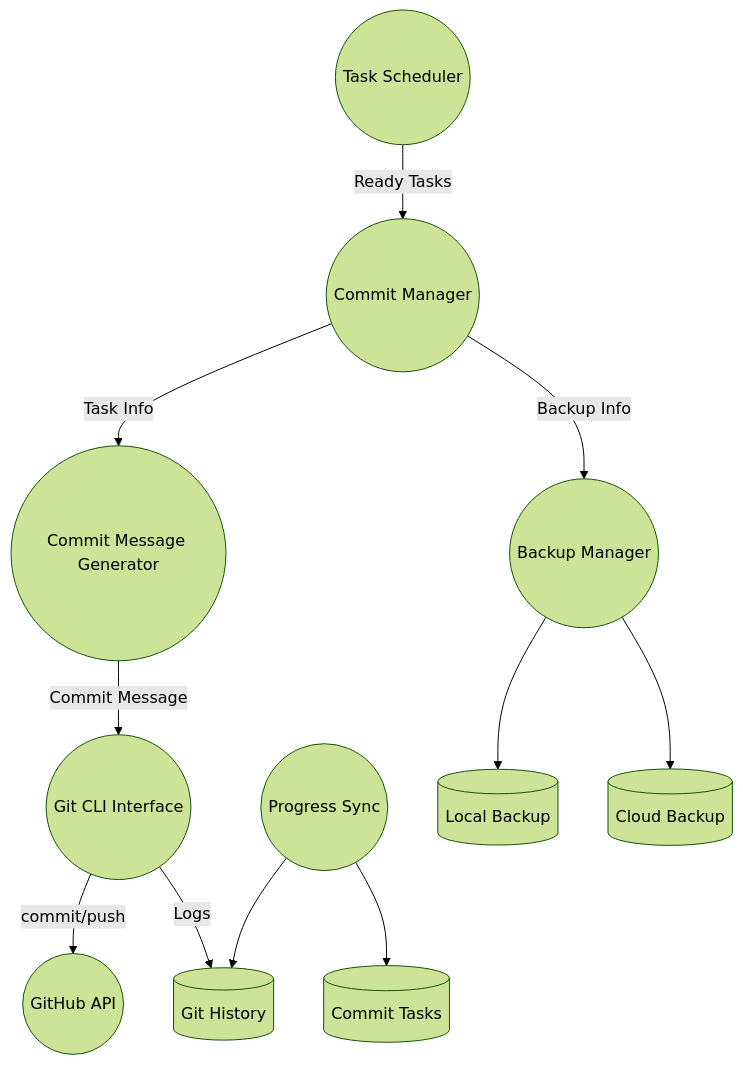
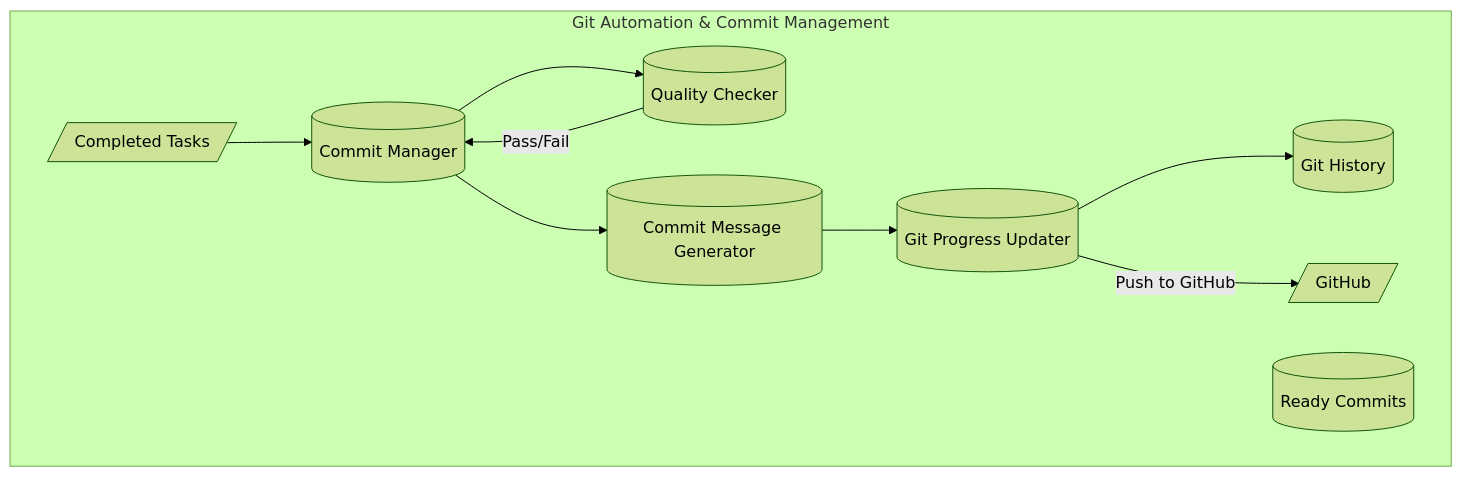
One commit to Shakour-Data/AutoProjectManagement changed the fifth of 7 diagrams in Docs/entire_project/DFD_Diagrams.md. Above: the diagram before and after it, drawn with Mermaid (forest theme). The commit also changed other lines of this file, not shown here.

````diff
--- a/Docs/entire_project/DFD_Diagrams.md
+++ b/Docs/entire_project/DFD_Diagrams.md
@@ -125,35 +148,20 @@
 ```mermaid
 graph TD
-    Task_Scheduler((Task Scheduler))
-    
-    %% Git Modules
-    Commit_Manager((Commit Manager))
-    Message_Generator((Commit Message Generator))
-    Git_CLI((Git CLI Interface))
-    GitHub_API((GitHub API))
-    
-    %% Backup Modules
-    Backup_Manager((Backup Manager))
-    Progress_Sync((Progress Sync))
-    
-    %% Databases
-    Commit_Tasks[(Commit Tasks)]
-    Git_History[(Git History)]
-    Local_Backup[(Local Backup)]
-    Cloud_Backup[(Cloud Backup)]
-    
-    %% Data Flows
-    Task_Scheduler -->|Ready Tasks| Commit_Manager
-    Commit_Manager -->|Task Info| Message_Generator
-    Message_Generator -->|Commit Message| Git_CLI
-    
-    Git_CLI -->|commit/push| GitHub_API
-    Git_CLI -->|Logs| Git_History
-    
-    Commit_Manager -->|Backup Info| Backup_Manager
-    Backup_Manager --> Local_Backup
-    Backup_Manager --> Cloud_Backup
-    
-    Progress_Sync --> Git_History
-    Progress_Sync --> Commit_Tasks
+    subgraph "Git Automation & Commit Management"
+        Commit_Manager[("Commit Manager")]
+        Message_Generator[("Commit Message Generator")]
+        Quality_Checker[("Quality Checker")]
+        Git_Progress[("Git Progress Updater")]
+        
+        Ready_Commits[(Ready Commits)]
+        Git_History[(Git History)]
+        
+        Completed_Tasks[/"Completed Tasks"/] --> Commit_Manager
+        Commit_Manager --> Quality_Checker
+        Quality_Checker -->|Pass/Fail| Commit_Manager
+        Commit_Manager --> Message_Generator
+        Message_Generator --> Git_Progress
+        Git_Progress --> Git_History
+        Git_Progress -->|"Push to GitHub"| GitHub[/"GitHub"/]
+    end
 ```
````
